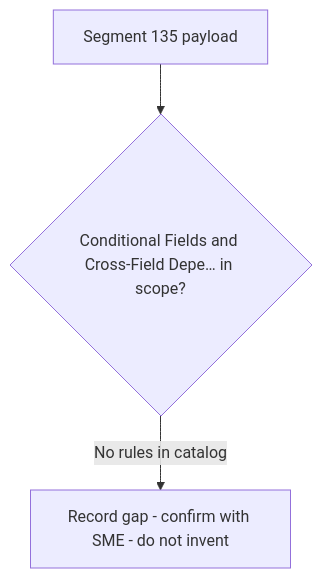
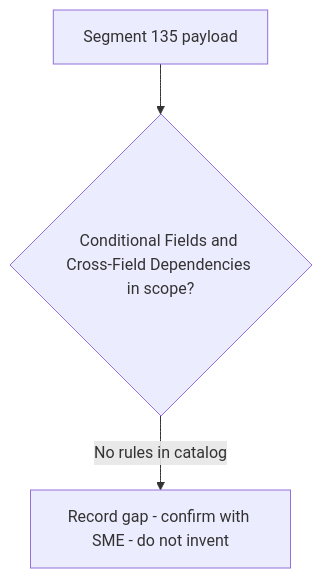
One commit to DhanSingh-hub/core-auth-ai-validation-framework changed the diagram in regression-artifact-validator/specifications/ATL105/docs/specs/kb/segment-135/conditional-dependency-rules-flow.md. Above: the diagram before and after it, drawn with Mermaid. The commit also changed 150 other files, not shown here.

````diff
--- a/regression-artifact-validator/specifications/ATL105/docs/specs/kb/segment-135/conditional-dependency-rules-flow.md
+++ b/regression-artifact-validator/specifications/ATL105/docs/specs/kb/segment-135/conditional-dependency-rules-flow.md
@@ -3,5 +3,5 @@
 ```mermaid
 flowchart TD
-    A[Segment 135 payload] --> B{Conditional Fields and Cross-Field Depe… in scope?}
+    A[Segment 135 payload] --> B{Conditional Fields and Cross-Field Dependencies in scope?}
     B -->|No rules in catalog| G[Record gap - confirm with SME - do not invent]
 ```
````
